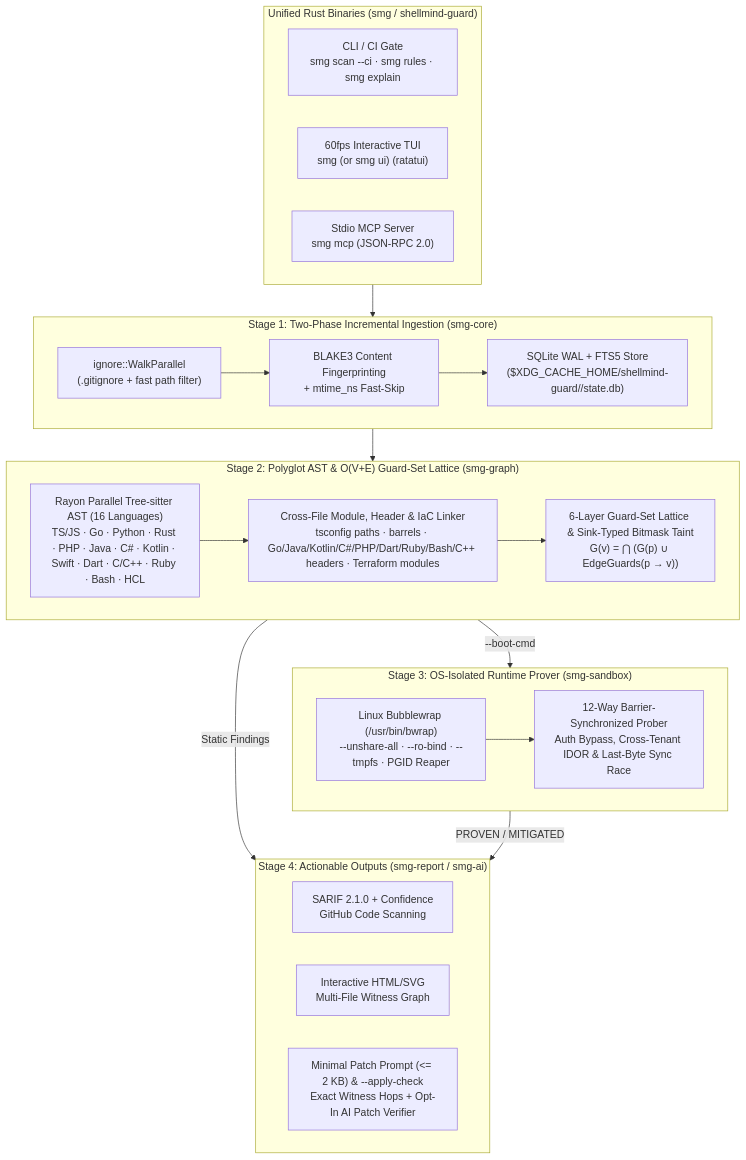
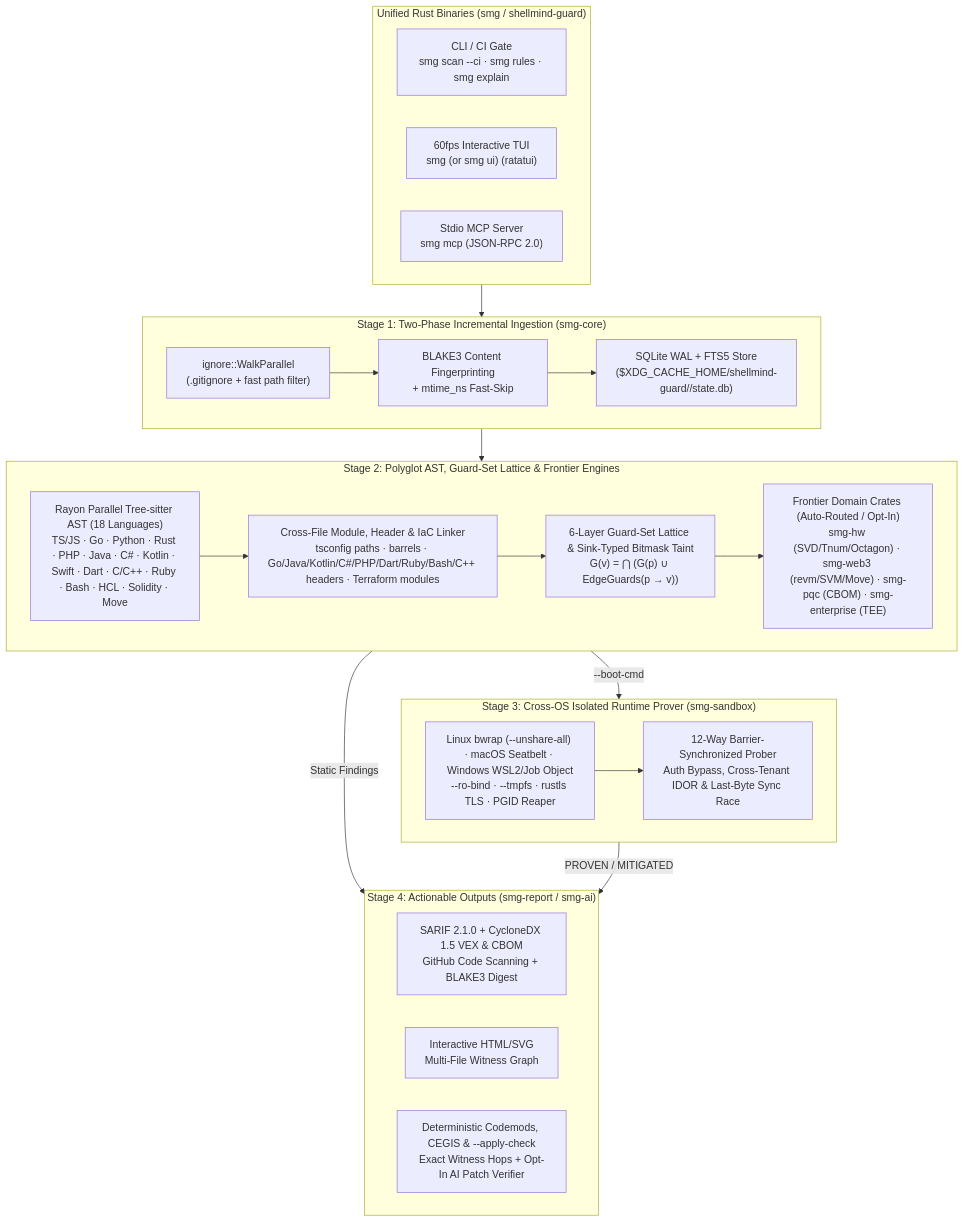
The diagram in README.md (qira-dev/ShellMind-Guard), drawn with Mermaid before and after one commit. The commit also changed other lines of this file and 3 other files, not shown here.

Commit message:
docs: sync README, BLUEPRINT, ROADMAP, and PLANNING with frontier domains and cross-OS sandbox

````diff
--- a/README.md
+++ b/README.md
@@ -43,39 +45,40 @@
 ```mermaid
 flowchart TD
     subgraph CLI["Unified Rust Binaries (smg / shellmind-guard)"]
         A1["CLI / CI Gate\nsmg scan --ci · smg rules · smg explain"]
         A2["60fps Interactive TUI\nsmg (or smg ui) (ratatui)"]
         A3["Stdio MCP Server\nsmg mcp (JSON-RPC 2.0)"]
     end
 
     subgraph S1["Stage 1: Two-Phase Incremental Ingestion (smg-core)"]
         B1["ignore::WalkParallel\n(.gitignore + fast path filter)"]
         B2["BLAKE3 Content Fingerprinting\n+ mtime_ns Fast-Skip"]
         B3["SQLite WAL + FTS5 Store\n($XDG_CACHE_HOME/shellmind-guard/<hash>/state.db)"]
         B1 --> B2 --> B3
     end
 
-    subgraph S2["Stage 2: Polyglot AST & O(V+E) Guard-Set Lattice (smg-graph)"]
-        C1["Rayon Parallel Tree-sitter AST (16 Languages)\nTS/JS · Go · Python · Rust · PHP · Java · C# · Kotlin · Swift · Dart · C/C++ · Ruby · Bash · HCL"]
+    subgraph S2["Stage 2: Polyglot AST, Guard-Set Lattice & Frontier Engines"]
+        C1["Rayon Parallel Tree-sitter AST (18 Languages)\nTS/JS · Go · Python · Rust · PHP · Java · C# · Kotlin · Swift · Dart · C/C++ · Ruby · Bash · HCL · Solidity · Move"]
         C2["Cross-File Module, Header & IaC Linker\ntsconfig paths · barrels · Go/Java/Kotlin/C#/PHP/Dart/Ruby/Bash/C++ headers · Terraform modules"]
         C3["6-Layer Guard-Set Lattice & Sink-Typed Bitmask Taint\nG(v) = ⋂ (G(p) ∪ EdgeGuards(p → v))"]
-        C1 --> C2 --> C3
+        C4["Frontier Domain Crates (Auto-Routed / Opt-In)\nsmg-hw (SVD/Tnum/Octagon) · smg-web3 (revm/SVM/Move) · smg-pqc (CBOM) · smg-enterprise (TEE)"]
+        C1 --> C2 --> C3 --> C4
     end
 
-    subgraph S3["Stage 3: OS-Isolated Runtime Prover (smg-sandbox)"]
-        D1["Linux Bubblewrap (/usr/bin/bwrap)\n--unshare-all · --ro-bind · --tmpfs · PGID Reaper"]
+    subgraph S3["Stage 3: Cross-OS Isolated Runtime Prover (smg-sandbox)"]
+        D1["Linux bwrap (--unshare-all) · macOS Seatbelt · Windows WSL2/Job Object\n--ro-bind · --tmpfs · rustls TLS · PGID Reaper"]
         D2["12-Way Barrier-Synchronized Prober\nAuth Bypass, Cross-Tenant IDOR & Last-Byte Sync Race"]
         D1 --> D2
     end
 
     subgraph S4["Stage 4: Actionable Outputs (smg-report / smg-ai)"]
-        E1["SARIF 2.1.0 + Confidence\nGitHub Code Scanning"]
+        E1["SARIF 2.1.0 + CycloneDX 1.5 VEX & CBOM\nGitHub Code Scanning + BLAKE3 Digest"]
         E2["Interactive HTML/SVG\nMulti-File Witness Graph"]
-        E3["Minimal Patch Prompt (<= 2 KB) & --apply-check\nExact Witness Hops + Opt-In AI Patch Verifier"]
+        E3["Deterministic Codemods, CEGIS & --apply-check\nExact Witness Hops + Opt-In AI Patch Verifier"]
     end
 
     CLI --> S1 --> S2
     S2 -->|"Static Findings"| S4
     S2 -->|"--boot-cmd"| S3
     S3 -->|"PROVEN / MITIGATED"| S4
 ```
````
